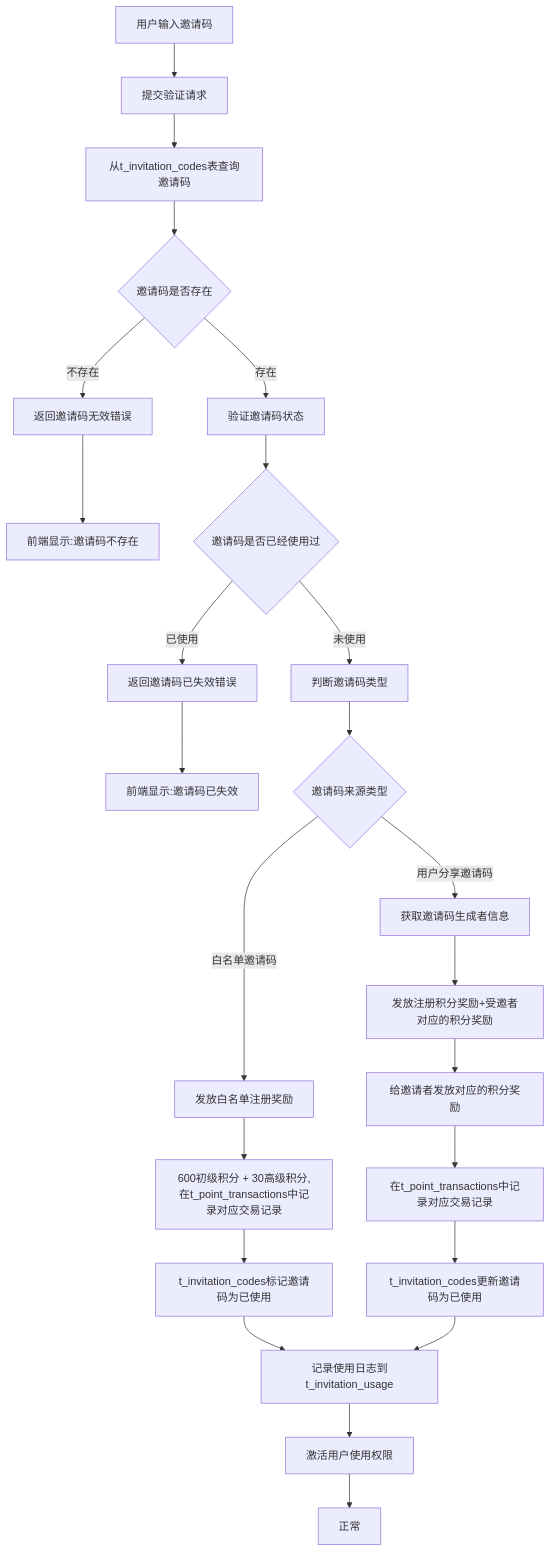
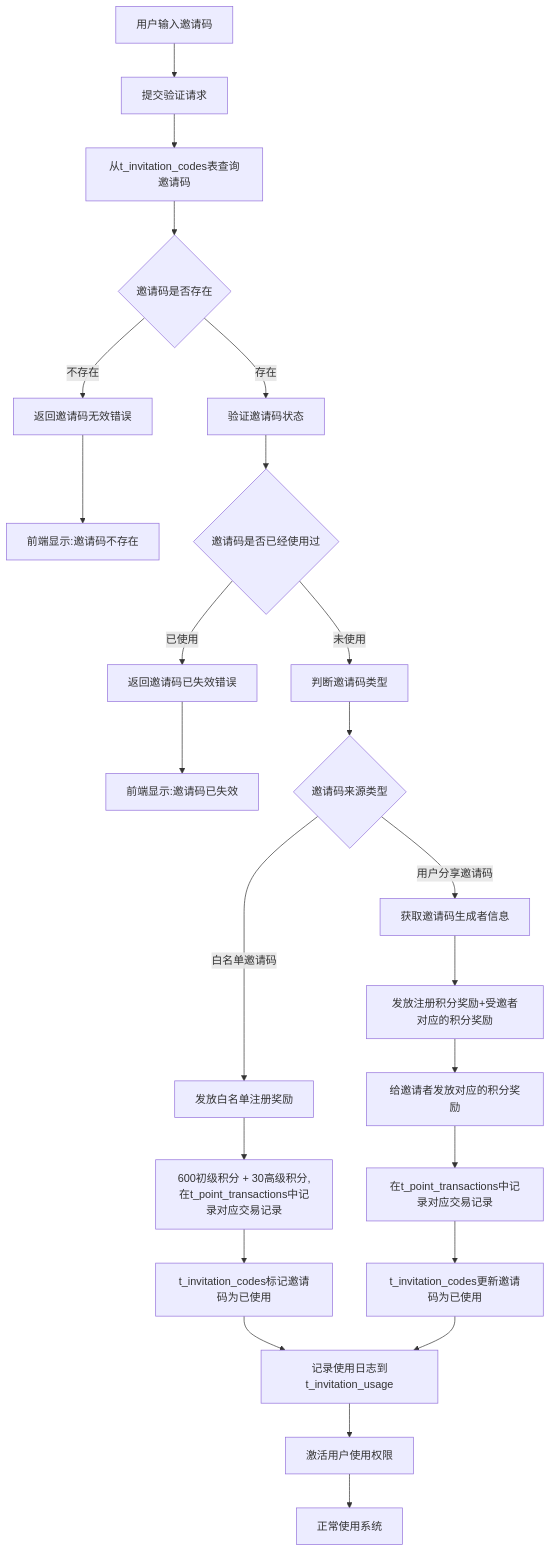
One commit to yingjianzh/iodraw-files changed the diagram in all/未命名-76.md. Above: the diagram before and after it, drawn with Mermaid.

Commit message:
2025-07-08 10:52:38 update

````diff
--- a/all/未命名-76.md
+++ b/all/未命名-76.md
@@ -1,34 +1,35 @@
 ```mermaid
+
 
 flowchart TD
     B[用户输入邀请码]
     B --> E[提交验证请求]
     E --> H[从t_invitation_codes表查询邀请码]
     H --> I{邀请码是否存在}
     I -->|不存在| J[返回邀请码无效错误]
     J --> K[前端显示:邀请码不存在]
     
     I -->|存在| L[验证邀请码状态]
     L --> M{邀请码是否已经使用过}
     M -->|已使用| N[返回邀请码已失效错误]
     N --> O[前端显示:邀请码已失效]
     
     M -->|未使用| X[判断邀请码类型]
     X --> Y{邀请码来源类型}
     
     Y -->|白名单邀请码| Z4[发放白名单注册奖励]
     Z4 --> Z5[600初级积分 + 30高级积分,在t_point_transactions中记录对应交易记录]
     Z5 --> Z6[t_invitation_codes标记邀请码为已使用]
     Z6 --> AA[记录使用日志到t_invitation_usage]
     
     Y -->|用户分享邀请码| BB1[获取邀请码生成者信息]
     BB1 --> BB4[发放注册积分奖励+受邀者对应的积分奖励]
     BB4 --> BB5[给邀请者发放对应的积分奖励]
     BB5 --> BB6[在t_point_transactions中记录对应交易记录]
     BB6 --> BB7[t_invitation_codes更新邀请码为已使用]
     BB7 --> AA
     
     AA --> CC[激活用户使用权限]
-    CC --> DD[正常]  
+    CC --> DD[正常使用系统]  
 
 ```
````
